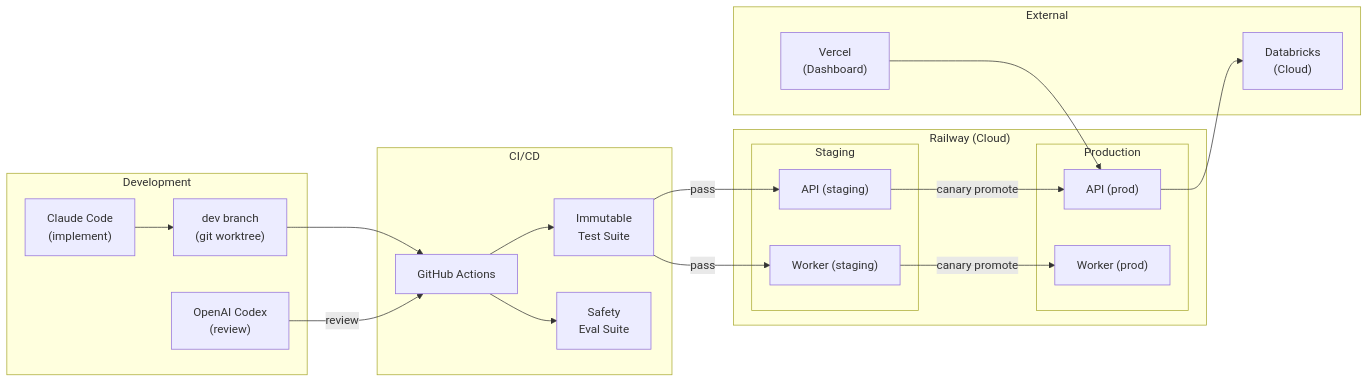
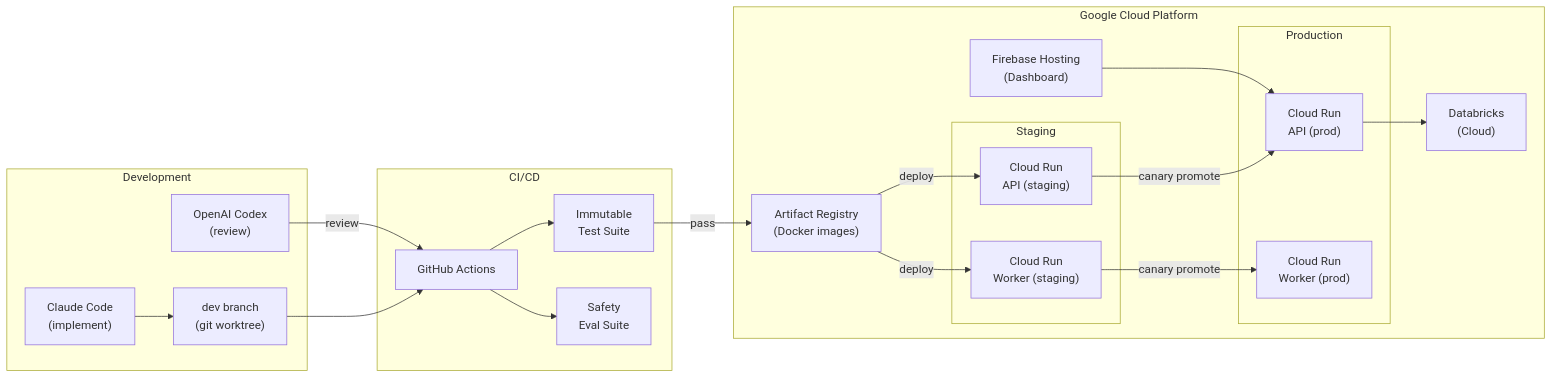
Before and after one commit to wilsonwolf/ask_mary: the fourth of 10 diagrams in local_docs/ask_mary_plan.md, drawn with Mermaid. The commit also changed other lines of this file and 1 other file, not shown here.

First line of the commit message:
docs: add agent dev workflow plan, update architecture for hybrid data layer and GCP

````diff
--- a/local_docs/ask_mary_plan.md
+++ b/local_docs/ask_mary_plan.md
@@ -441,42 +475,41 @@
 ```mermaid
 graph LR
     subgraph "Development"
         DEV_BRANCH["dev branch<br/>(git worktree)"]
         CC["Claude Code<br/>(implement)"]
         CODEX["OpenAI Codex<br/>(review)"]
     end
 
     subgraph "CI/CD"
         GH["GitHub Actions"]
         TESTS["Immutable<br/>Test Suite"]
         SAFETY["Safety<br/>Eval Suite"]
     end
 
-    subgraph "Railway (Cloud)"
+    subgraph "Google Cloud Platform"
+        AR["Artifact Registry<br/>(Docker images)"]
         subgraph "Staging"
-            STG_API["API (staging)"]
-            STG_WORKER["Worker (staging)"]
+            STG_API["Cloud Run<br/>API (staging)"]
+            STG_WORKER["Cloud Run<br/>Worker (staging)"]
         end
         subgraph "Production"
-            PROD_API["API (prod)"]
-            PROD_WORKER["Worker (prod)"]
+            PROD_API["Cloud Run<br/>API (prod)"]
+            PROD_WORKER["Cloud Run<br/>Worker (prod)"]
         end
-    end
-
-    subgraph "External"
-        VERCEL["Vercel<br/>(Dashboard)"]
+        FB["Firebase Hosting<br/>(Dashboard)"]
         DB_CLOUD["Databricks<br/>(Cloud)"]
     end
 
     CC --> DEV_BRANCH
     DEV_BRANCH --> GH
     CODEX -->|review| GH
     GH --> TESTS
     GH --> SAFETY
-    TESTS -->|pass| STG_API
-    TESTS -->|pass| STG_WORKER
+    TESTS -->|pass| AR
+    AR -->|deploy| STG_API
+    AR -->|deploy| STG_WORKER
     STG_API -->|canary promote| PROD_API
     STG_WORKER -->|canary promote| PROD_WORKER
     PROD_API --> DB_CLOUD
-    VERCEL --> PROD_API
+    FB --> PROD_API
 ```
````
